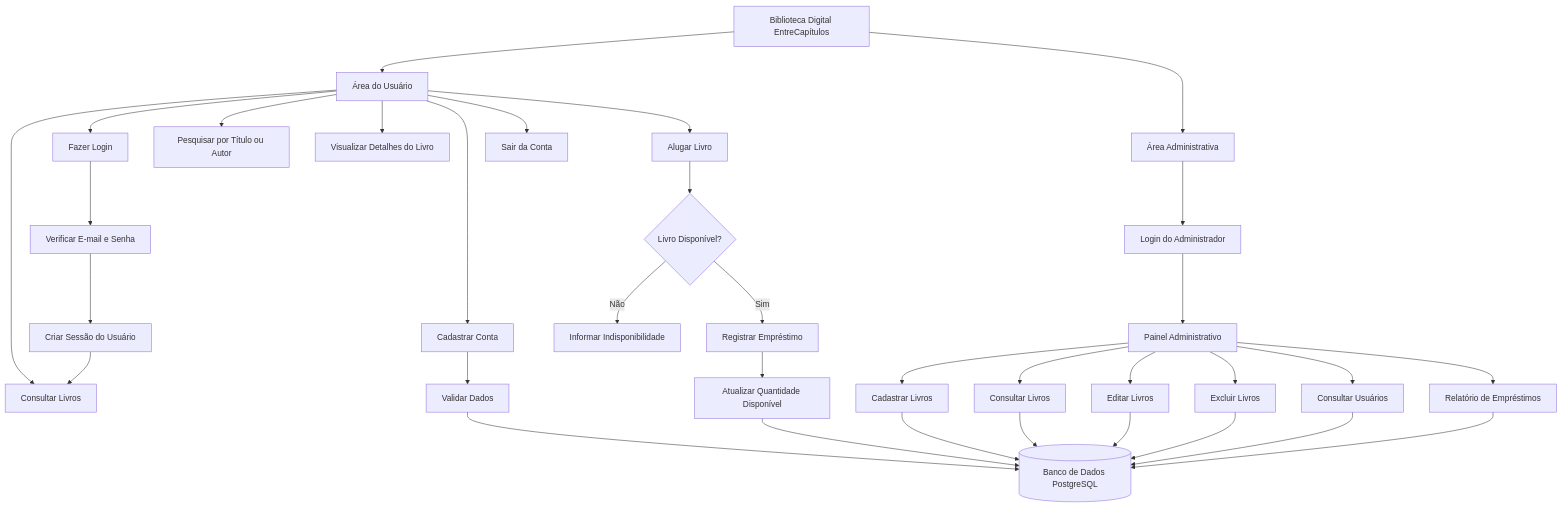
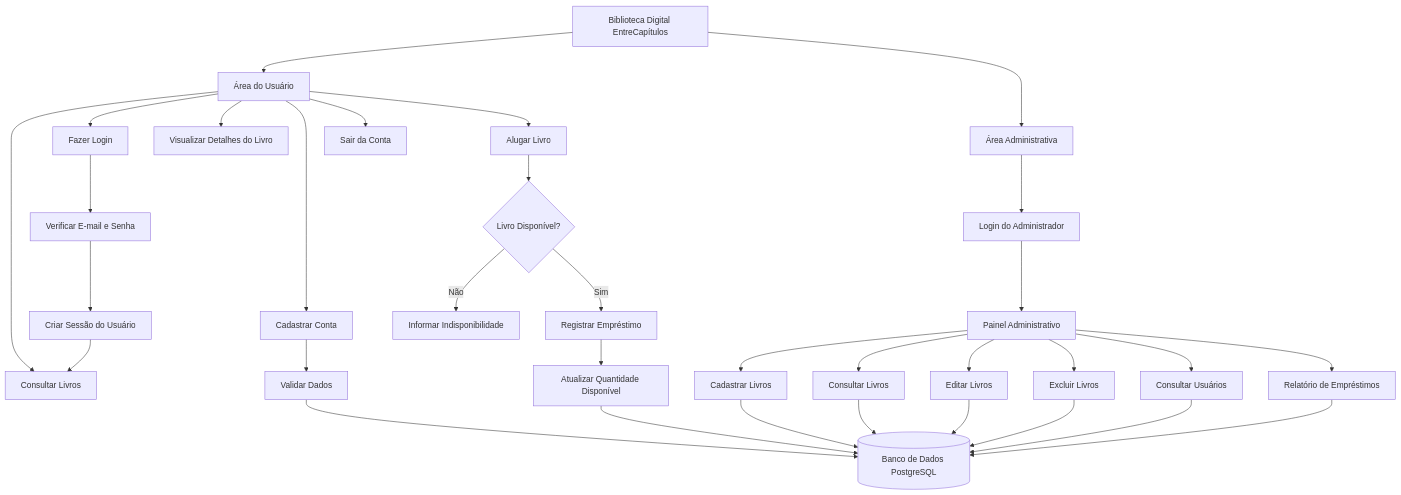
One commit to Julia-Batagin/projeto_integrador changed the first of 2 diagrams in README.md. Above: the diagram before and after it, drawn with Mermaid.

````diff
--- a/README.md
+++ b/README.md
@@ -194,41 +194,40 @@
 ```mermaid
 graph TD
 A[Biblioteca Digital EntreCapítulos] --> B[Área do Usuário]
 A --> C[Área Administrativa]
 
 B --> B1[Cadastrar Conta]
 B --> B2[Fazer Login]
 B --> B3[Consultar Livros]
-B --> B4[Pesquisar por Título ou Autor]
 B --> B5[Visualizar Detalhes do Livro]
 B --> B6[Alugar Livro]
 B --> B7[Sair da Conta]
 
 B1 --> D[Validar Dados]
 D --> E[(Banco de Dados PostgreSQL)]
 B2 --> F[Verificar E-mail e Senha]
 F --> G[Criar Sessão do Usuário]
 G --> B3
 
 B6 --> H{Livro Disponível?}
 H -->|Sim| I[Registrar Empréstimo]
 I --> J[Atualizar Quantidade Disponível]
 J --> E
 H -->|Não| K[Informar Indisponibilidade]
 
 C --> C1[Login do Administrador]
 C1 --> C2[Painel Administrativo]
 C2 --> C3[Cadastrar Livros]
 C2 --> C4[Consultar Livros]
 C2 --> C5[Editar Livros]
 C2 --> C6[Excluir Livros]
 C2 --> C7[Consultar Usuários]
 C2 --> C8[Relatório de Empréstimos]
 
 C3 --> E
 C4 --> E
 C5 --> E
 C6 --> E
 C7 --> E
 C8 --> E
 ```
````
